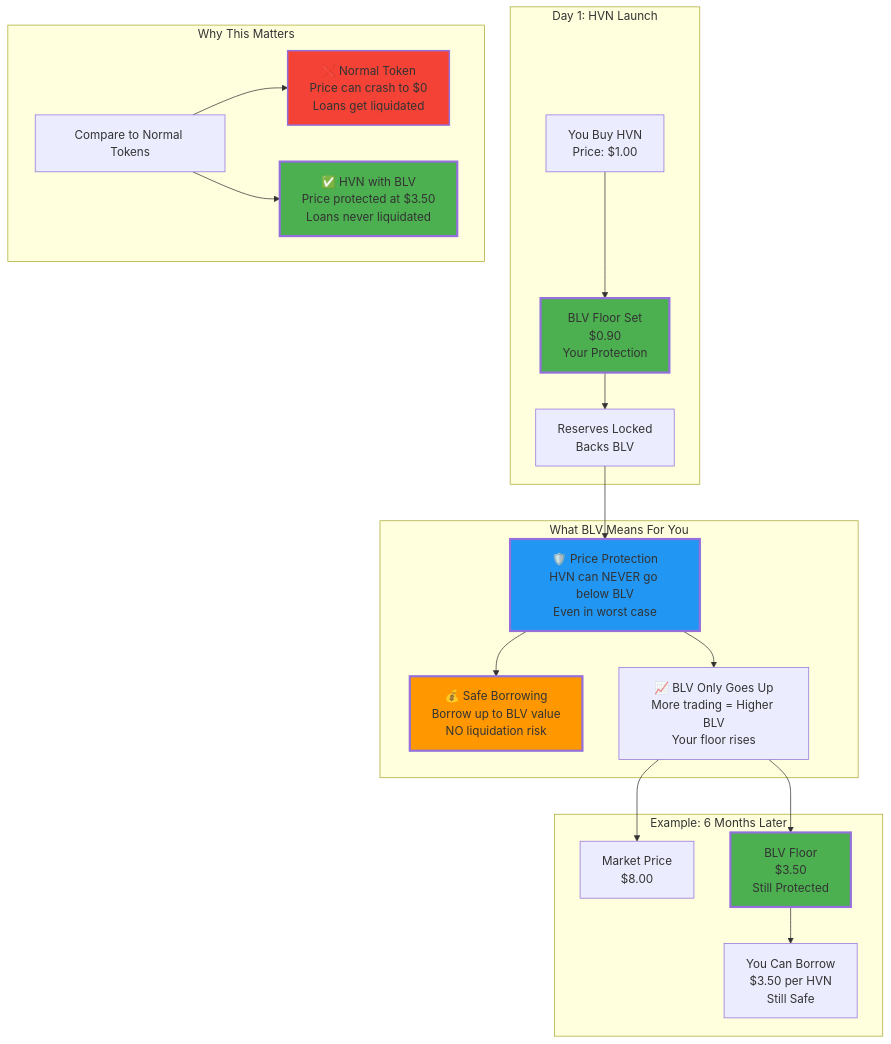
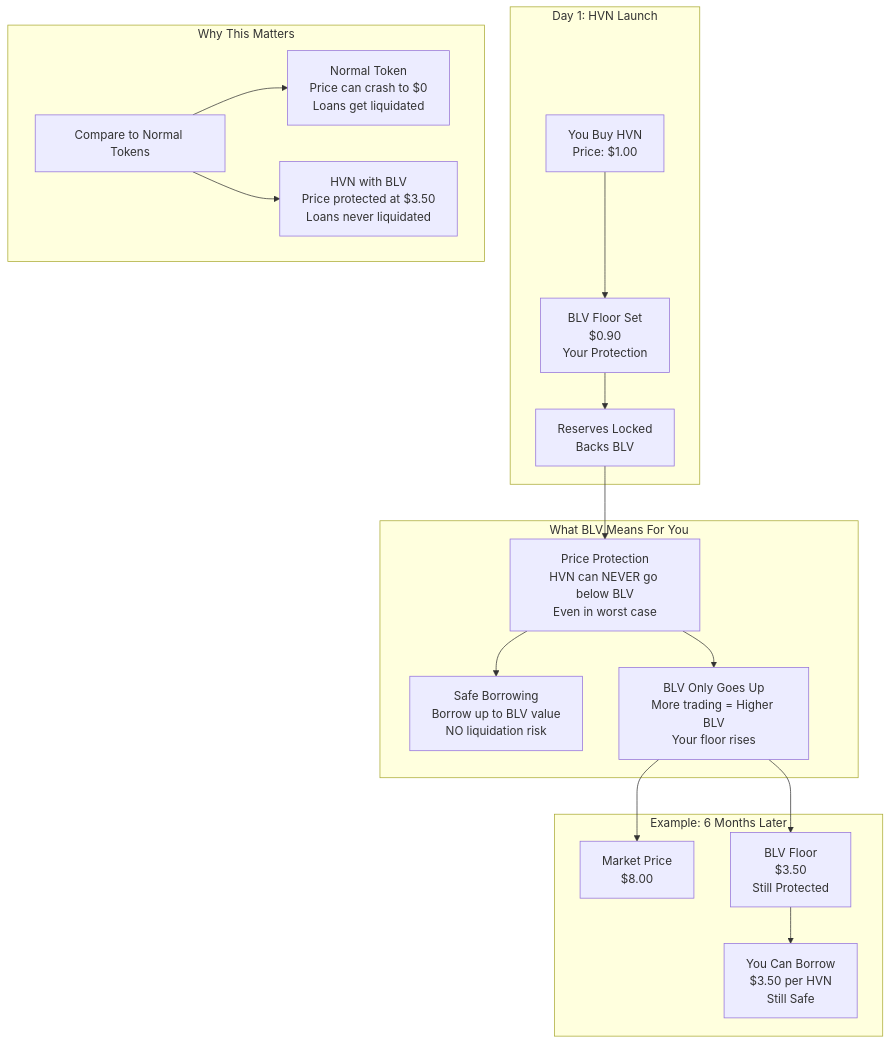
One commit to 0xJaehaerys/ohmega changed the first of 6 diagrams in blackhaven-blv-user-friendly.md. Above: the diagram before and after it, drawn with Mermaid. The commit also changed other lines of this file, not shown here.

First line of the commit message:
Remove emojis and colors from BLV user-friendly diagram

````diff
--- a/blackhaven-blv-user-friendly.md
+++ b/blackhaven-blv-user-friendly.md
@@ -5,47 +5,41 @@
 ```mermaid
 graph TB
     subgraph "Day 1: HVN Launch"
         LAUNCH[You Buy HVN<br/>Price: $1.00]
         BLV_START[BLV Floor Set<br/>$0.90<br/>Your Protection]
         RESERVES[Reserves Locked<br/>Backs BLV]
     end
     
     subgraph "What BLV Means For You"
-        PROTECTION[🛡️ Price Protection<br/>HVN can NEVER go below BLV<br/>Even in worst case]
-        BORROW[💰 Safe Borrowing<br/>Borrow up to BLV value<br/>NO liquidation risk]
-        GROWTH[📈 BLV Only Goes Up<br/>More trading = Higher BLV<br/>Your floor rises]
+        PROTECTION[Price Protection<br/>HVN can NEVER go below BLV<br/>Even in worst case]
+        BORROW[Safe Borrowing<br/>Borrow up to BLV value<br/>NO liquidation risk]
+        GROWTH[BLV Only Goes Up<br/>More trading = Higher BLV<br/>Your floor rises]
     end
     
     subgraph "Example: 6 Months Later"
         MARKET_PRICE[Market Price<br/>$8.00]
         BLV_NOW[BLV Floor<br/>$3.50<br/>Still Protected]
         BORROW_NOW[You Can Borrow<br/>$3.50 per HVN<br/>Still Safe]
     end
     
     subgraph "Why This Matters"
         COMPARE[Compare to Normal Tokens]
-        NORMAL[❌ Normal Token<br/>Price can crash to $0<br/>Loans get liquidated]
-        HVN_BLV[✅ HVN with BLV<br/>Price protected at $3.50<br/>Loans never liquidated]
+        NORMAL[Normal Token<br/>Price can crash to $0<br/>Loans get liquidated]
+        HVN_BLV[HVN with BLV<br/>Price protected at $3.50<br/>Loans never liquidated]
     end
     
     LAUNCH --> BLV_START
     BLV_START --> RESERVES
     RESERVES --> PROTECTION
     
     PROTECTION --> BORROW
     PROTECTION --> GROWTH
     
     GROWTH --> MARKET_PRICE
     GROWTH --> BLV_NOW
     BLV_NOW --> BORROW_NOW
     
     COMPARE --> NORMAL
     COMPARE --> HVN_BLV
     
-    style BLV_START fill:#4caf50,stroke-width:3px
-    style BLV_NOW fill:#4caf50,stroke-width:3px
-    style PROTECTION fill:#2196f3,stroke-width:3px
-    style BORROW fill:#ff9800,stroke-width:3px
-    style HVN_BLV fill:#4caf50,stroke-width:3px
-    style NORMAL fill:#f44336,stroke-width:2px
 ```
````
